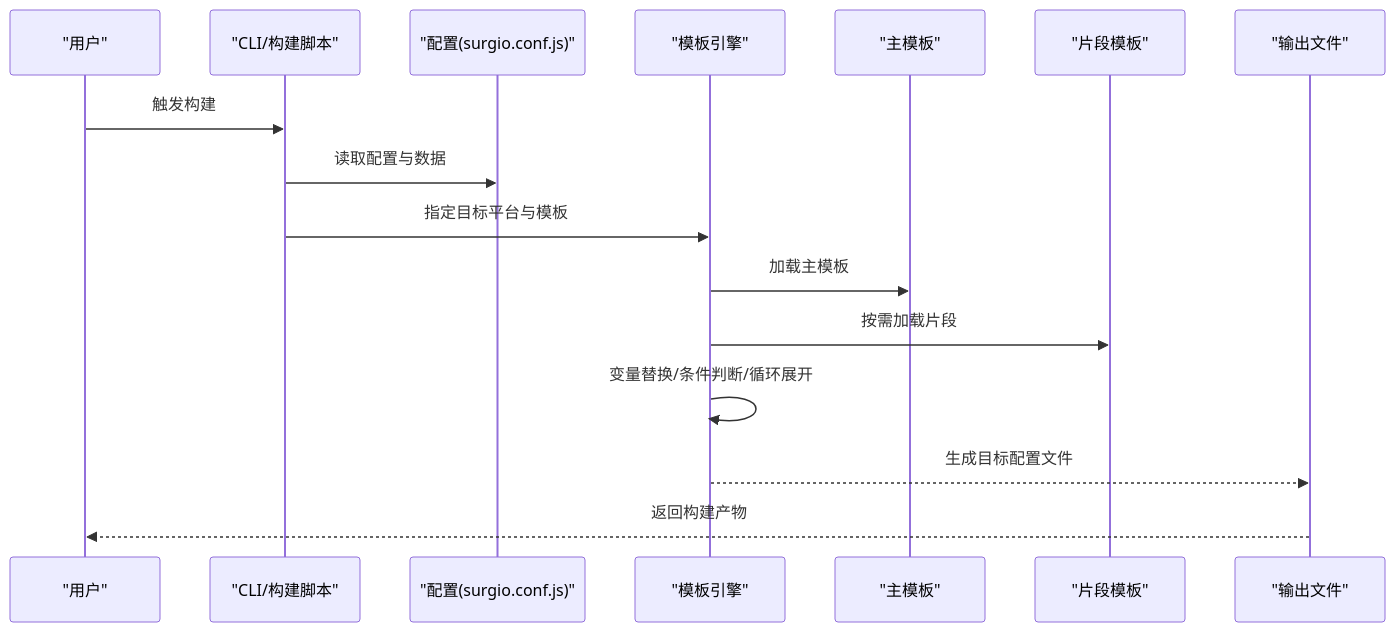
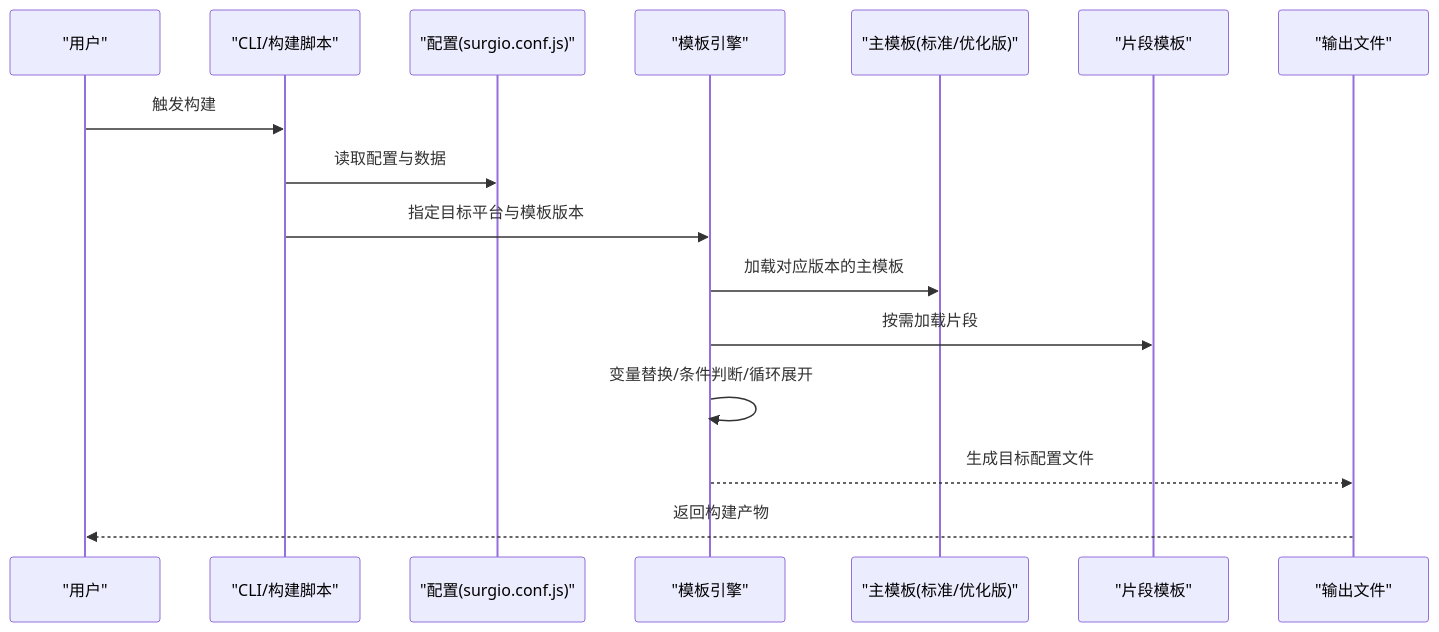
One commit to 3kaiu/config changed the second of 4 diagrams in .qoder/repowiki/zh/content/模板系统.md. Above: the diagram before and after it, drawn with Mermaid. The commit also changed other lines of this file and 136 other files, not shown here.

````diff
--- a/.qoder/repowiki/zh/content/模板系统.md
+++ b/.qoder/repowiki/zh/content/模板系统.md
@@ -98,18 +110,18 @@
 ```mermaid
 sequenceDiagram
 participant U as "用户"
 participant CLI as "CLI/构建脚本"
 participant CFG as "配置(surgio.conf.js)"
 participant ENG as "模板引擎"
-participant TPL as "主模板"
+participant TPL as "主模板(标准/优化版)"
 participant SN as "片段模板"
 participant OUT as "输出文件"
 U->>CLI : 触发构建
 CLI->>CFG : 读取配置与数据
-CLI->>ENG : 指定目标平台与模板
-ENG->>TPL : 加载主模板
+CLI->>ENG : 指定目标平台与模板版本
+ENG->>TPL : 加载对应版本的主模板
 ENG->>SN : 按需加载片段
 ENG->>ENG : 变量替换/条件判断/循环展开
 ENG-->>OUT : 生成目标配置文件
 OUT-->>U : 返回构建产物
 ```
````
